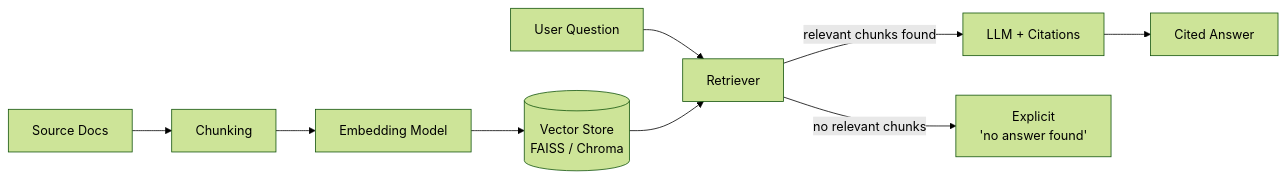
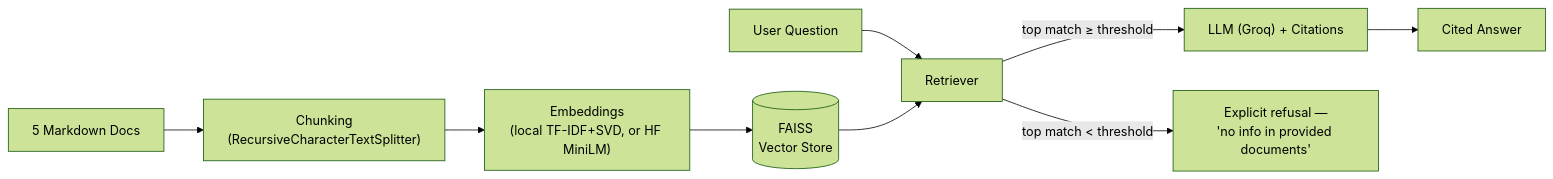
One commit to rananasser760/Electro_PI_Technical_Test changed the second of 3 diagrams in README.md. Above: the diagram before and after it, drawn with Mermaid (forest theme). The commit also changed other lines of this file, not shown here.

````diff
--- a/README.md
+++ b/README.md
@@ -140,11 +170,11 @@
 ```mermaid
 flowchart LR
-    A[Source Docs] --> B[Chunking]
-    B --> C[Embedding Model]
-    C --> D[("Vector Store\nFAISS / Chroma")]
+    A[5 Markdown Docs] --> B["Chunking\n(RecursiveCharacterTextSplitter)"]
+    B --> C["Embeddings\n(local TF-IDF+SVD, or HF MiniLM)"]
+    C --> D[("FAISS\nVector Store")]
     E[User Question] --> F[Retriever]
     D --> F
-    F -->|relevant chunks found| G[LLM + Citations]
-    F -->|no relevant chunks| H["Explicit\n'no answer found'"]
+    F -->|top match ≥ threshold| G["LLM (Groq) + Citations"]
+    F -->|top match < threshold| H["Explicit refusal —\n'no info in provided documents'"]
     G --> I[Cited Answer]
 ```
````
